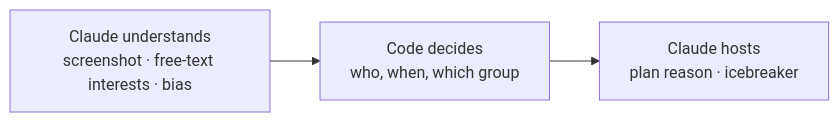
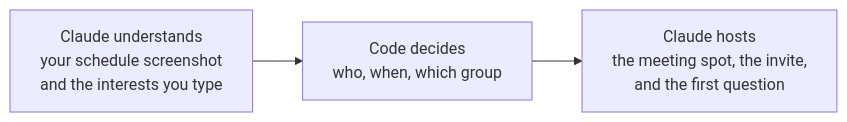
One commit to dasol0312/nado changed the fourth of 5 diagrams in README.md. Above: the diagram before and after it, drawn with Mermaid. The commit also changed other lines of this file and 9 other files, not shown here.

First line of the commit message:
docs: rewrite README for the current app (flow, matching, Claude, data model, demo)

````diff
--- a/README.md
+++ b/README.md
@@ -141,4 +216,4 @@
 ```mermaid
 flowchart LR
-    U["Claude understands<br/>screenshot · free-text interests · bias"] --> M["Code decides<br/>who, when, which group"] --> H["Claude hosts<br/>plan reason · icebreaker"]
+    U["Claude understands<br/>your schedule screenshot<br/>and the interests you type"] --> M["Code decides<br/>who, when, which group"] --> H["Claude hosts<br/>the meeting spot, the invite,<br/>and the first question"]
 ```
````
